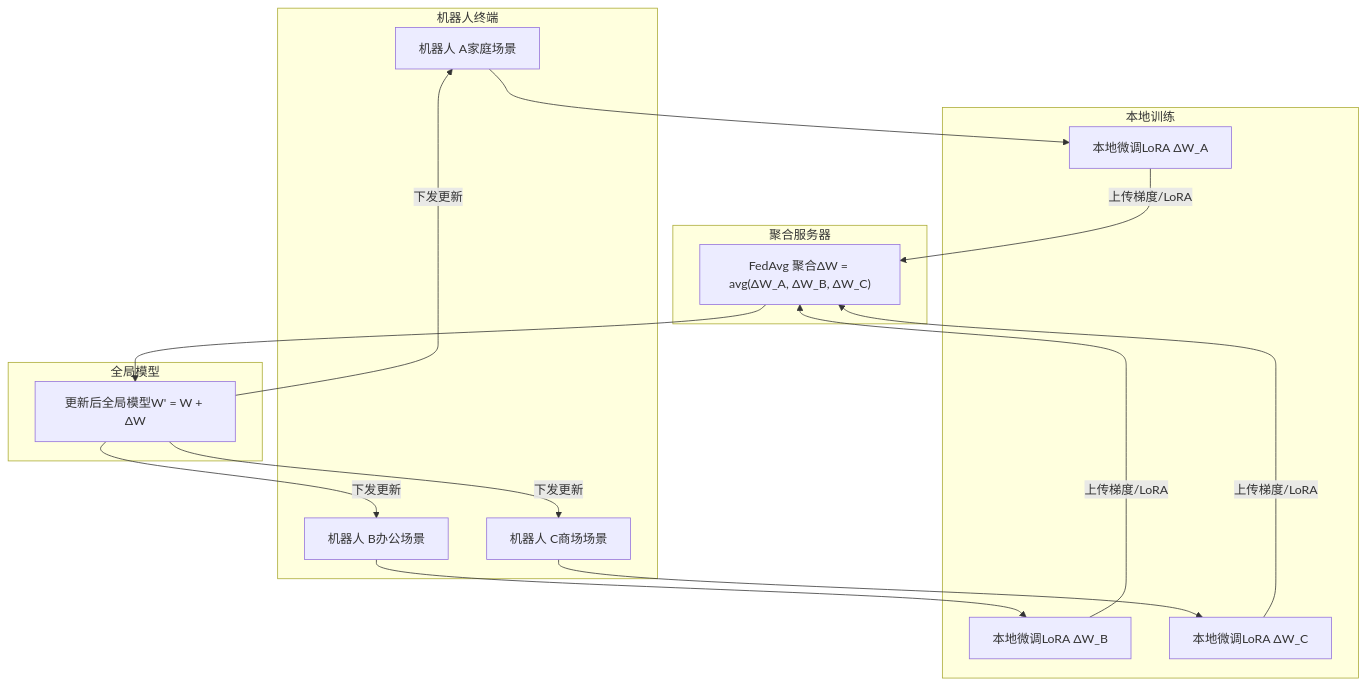
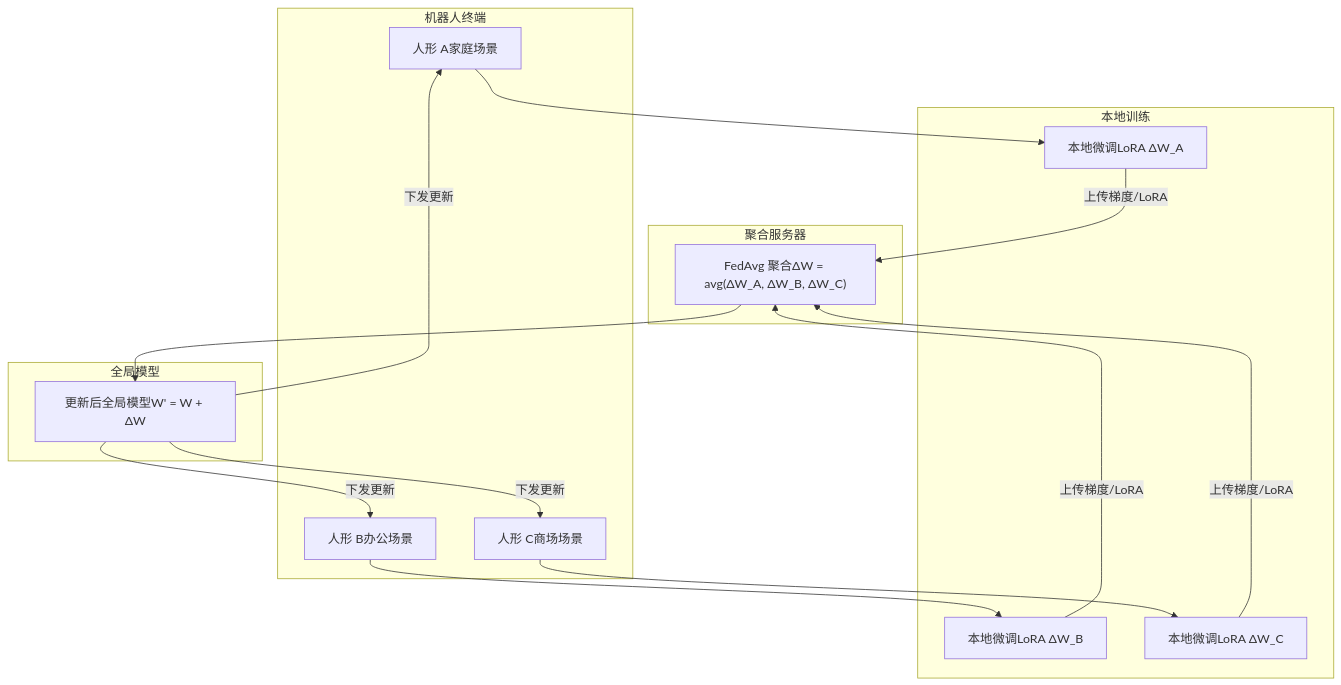
One commit to ranpin/edge-ai-docs changed the seventh of 8 diagrams in robot/general/algorithms.md. Above: the diagram before and after it, drawn with Mermaid. The commit also changed other lines of this file and 7 other files, not shown here.

````diff
--- a/robot/general/algorithms.md
+++ b/robot/general/algorithms.md
@@ -368,30 +368,30 @@
 ```mermaid
 graph TB
     subgraph 机器人终端
-        R1["机器人 A家庭场景"]
-        R2["机器人 B办公场景"]
-        R3["机器人 C商场场景"]
+        R1["人形 A家庭场景"]
+        R2["人形 B办公场景"]
+        R3["人形 C商场场景"]
     end
 
     subgraph 本地训练
         L1["本地微调LoRA ΔW_A"]
         L2["本地微调LoRA ΔW_B"]
         L3["本地微调LoRA ΔW_C"]
     end
 
     subgraph 聚合服务器
         AGG["FedAvg 聚合ΔW = avg(ΔW_A, ΔW_B, ΔW_C)"]
     end
 
     subgraph 全局模型
         GM["更新后全局模型W' = W + ΔW"]
     end
 
     R1 --> L1 -->|"上传梯度/LoRA"| AGG
     R2 --> L2 -->|"上传梯度/LoRA"| AGG
     R3 --> L3 -->|"上传梯度/LoRA"| AGG
     AGG --> GM
     GM -->|"下发更新"| R1
     GM -->|"下发更新"| R2
     GM -->|"下发更新"| R3
 ```
````
